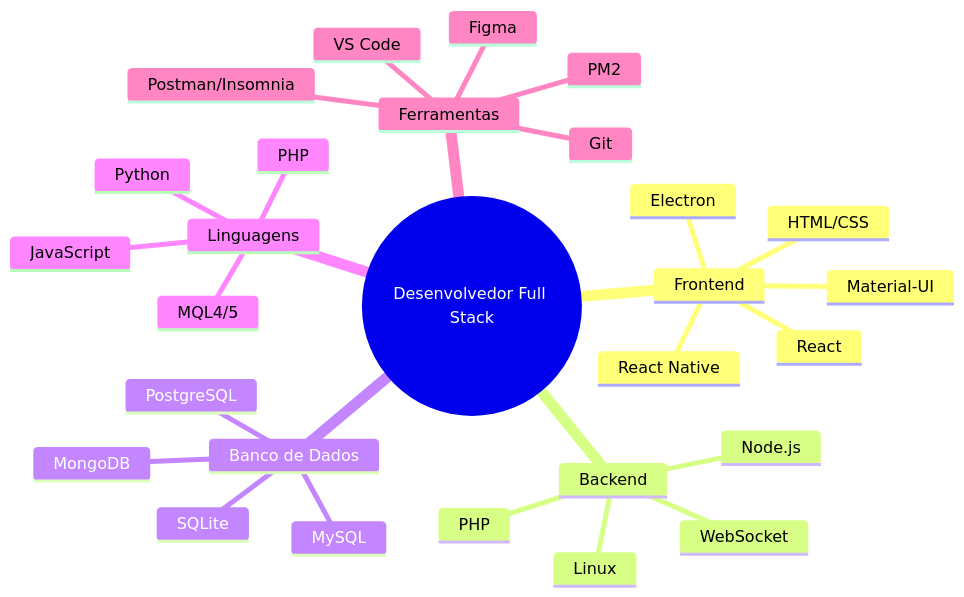
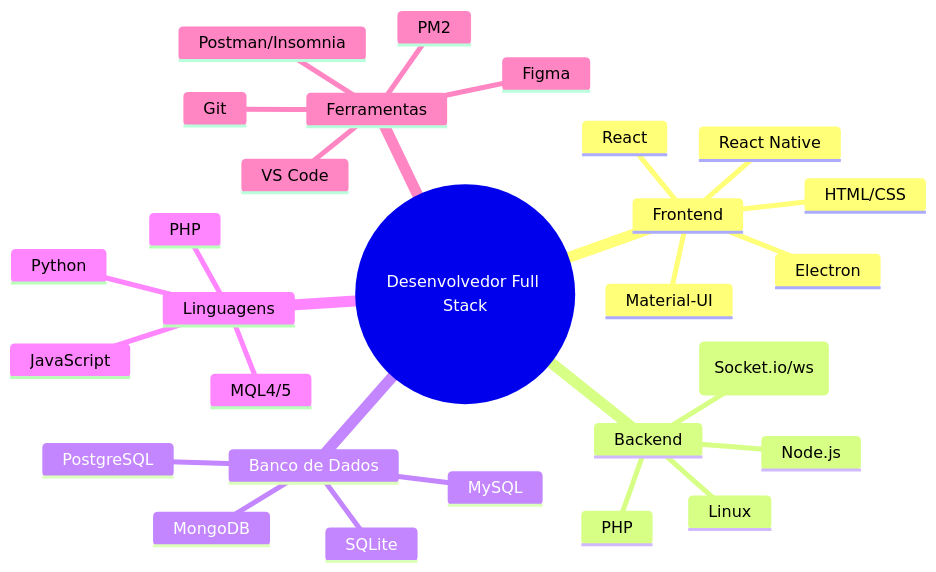
The first of 4 diagrams in README.md (AlesonPungirum/AlesonPungirum), drawn with Mermaid before and after one commit. The commit also changed other lines of this file, not shown here.

````diff
--- a/README.md
+++ b/README.md
@@ -39,31 +38,31 @@
 ```mermaid
 mindmap
   root((Desenvolvedor Full Stack))
     Frontend
       React
       React Native
       HTML/CSS
       Material-UI
       Electron
     Backend
       Node.js
       PHP
-      WebSocket
+      WebSocket (Socket.io/ws)
       Linux
     Banco de Dados
       MySQL
       MongoDB
       SQLite
       PostgreSQL
     Linguagens
       JavaScript
       Python
       PHP
       MQL4/5
     Ferramentas
       VS Code
       Git
       Postman/Insomnia
       Figma
       PM2
 ```
````
